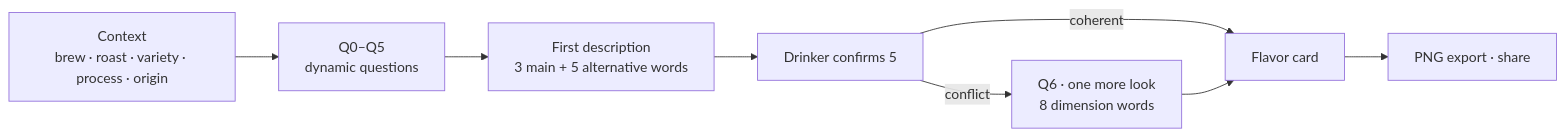
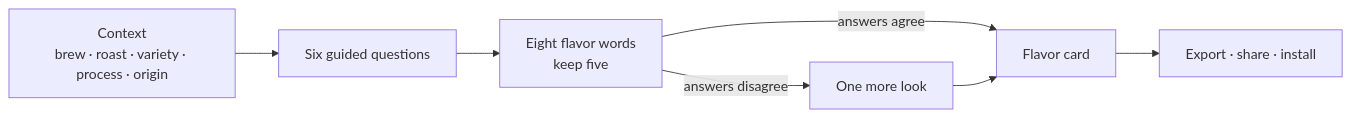
The diagram in README.md (dpan538/coffee-flavor-research), drawn with Mermaid before and after one commit. The commit also changed other lines of this file and 5 other files, not shown here.

````diff
--- a/README.md
+++ b/README.md
@@ -77,10 +34,9 @@
 ```mermaid
 flowchart LR
-    C["Context\nbrew · roast · variety · process · origin"] --> Q["Q0–Q5\ndynamic questions"]
-    Q --> D["First description\n3 main + 5 alternative words"]
-    D --> P["Drinker confirms 5"]
-    P -->|coherent| F["Flavor card"]
-    P -->|conflict| Q6["Q6 · one more look\n8 dimension words"]
+    C["Context\nbrew · roast · variety · process · origin"] --> Q["Six guided questions"]
+    Q --> D["Eight flavor words\nkeep five"]
+    D -->|answers agree| F["Flavor card"]
+    D -->|answers disagree| Q6["One more look"]
     Q6 --> F
-    F --> X["PNG export · share"]
+    F --> X["Export · share · install"]
 ```
````
